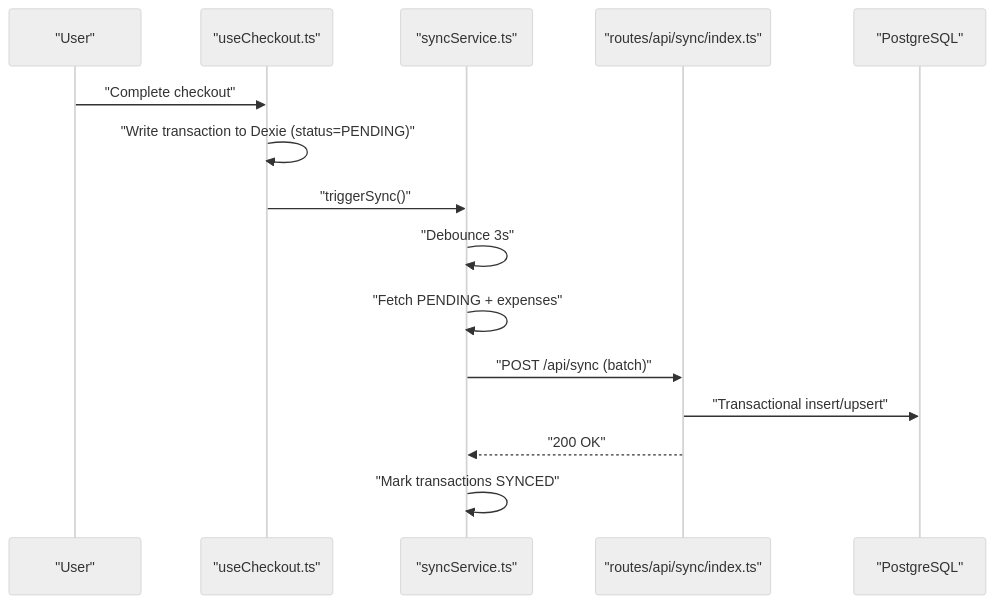
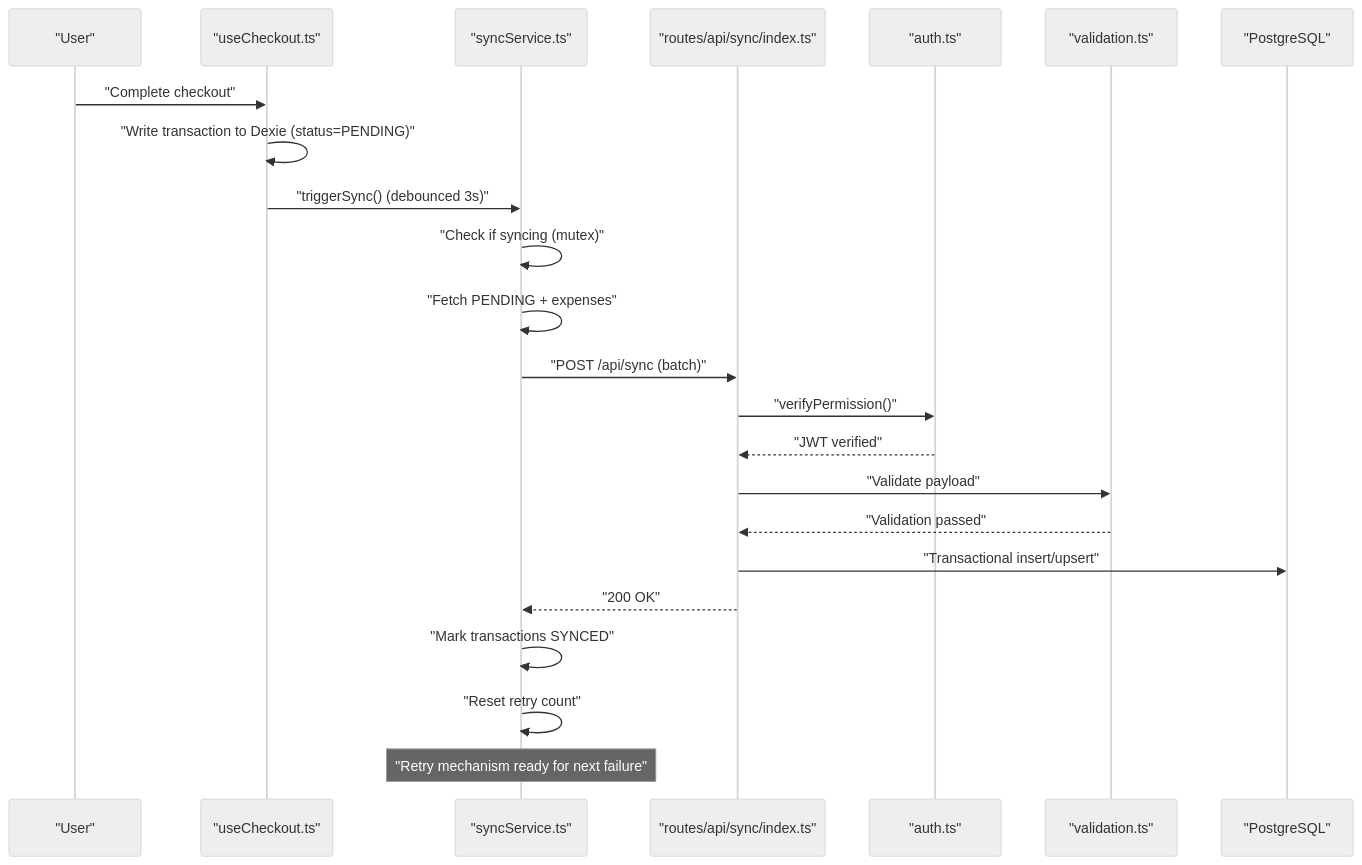
Before and after one commit to riod94/ngepos: the second of 7 diagrams in .qoder/repowiki/en/content/Utility Libraries/Synchronization Service.md, drawn with Mermaid (neutral theme). The commit also changed other lines of this file and 51 other files, not shown here.

````diff
--- a/.qoder/repowiki/en/content/Utility Libraries/Synchronization Service.md
+++ b/.qoder/repowiki/en/content/Utility Libraries/Synchronization Service.md
@@ -89,17 +121,25 @@
 ```mermaid
 sequenceDiagram
 participant U as "User"
 participant C as "useCheckout.ts"
 participant S as "syncService.ts"
 participant API as "routes/api/sync/index.ts"
+participant AUTH as "auth.ts"
+participant VALID as "validation.ts"
 participant PG as "PostgreSQL"
 U->>C : "Complete checkout"
 C->>C : "Write transaction to Dexie (status=PENDING)"
-C->>S : "triggerSync()"
-S->>S : "Debounce 3s"
+C->>S : "triggerSync() (debounced 3s)"
+S->>S : "Check if syncing (mutex)"
 S->>S : "Fetch PENDING + expenses"
 S->>API : "POST /api/sync (batch)"
+API->>AUTH : "verifyPermission()"
+AUTH-->>API : "JWT verified"
+API->>VALID : "Validate payload"
+VALID-->>API : "Validation passed"
 API->>PG : "Transactional insert/upsert"
 API-->>S : "200 OK"
 S->>S : "Mark transactions SYNCED"
+S->>S : "Reset retry count"
+Note over S : "Retry mechanism ready for next failure"
 ```
````
